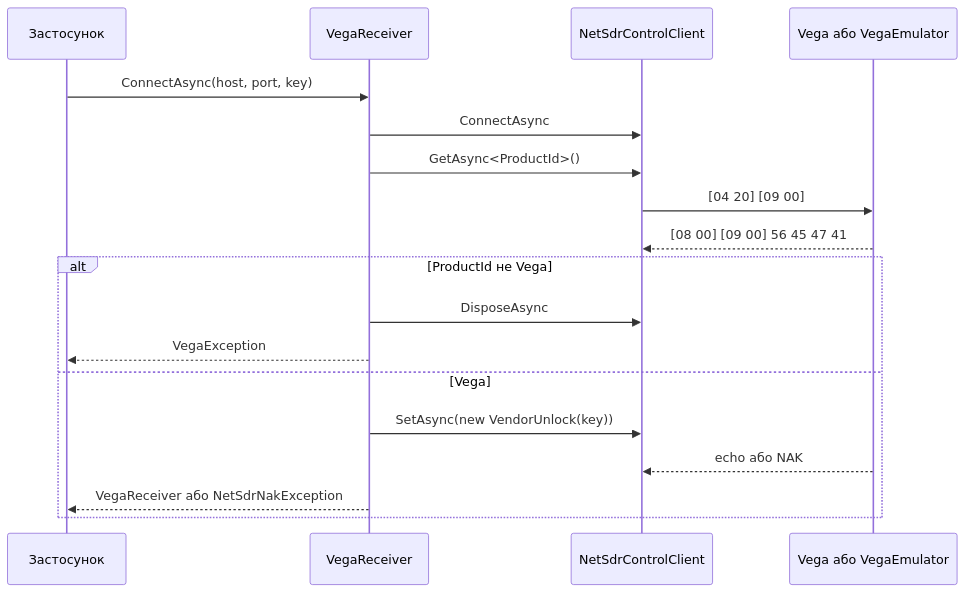
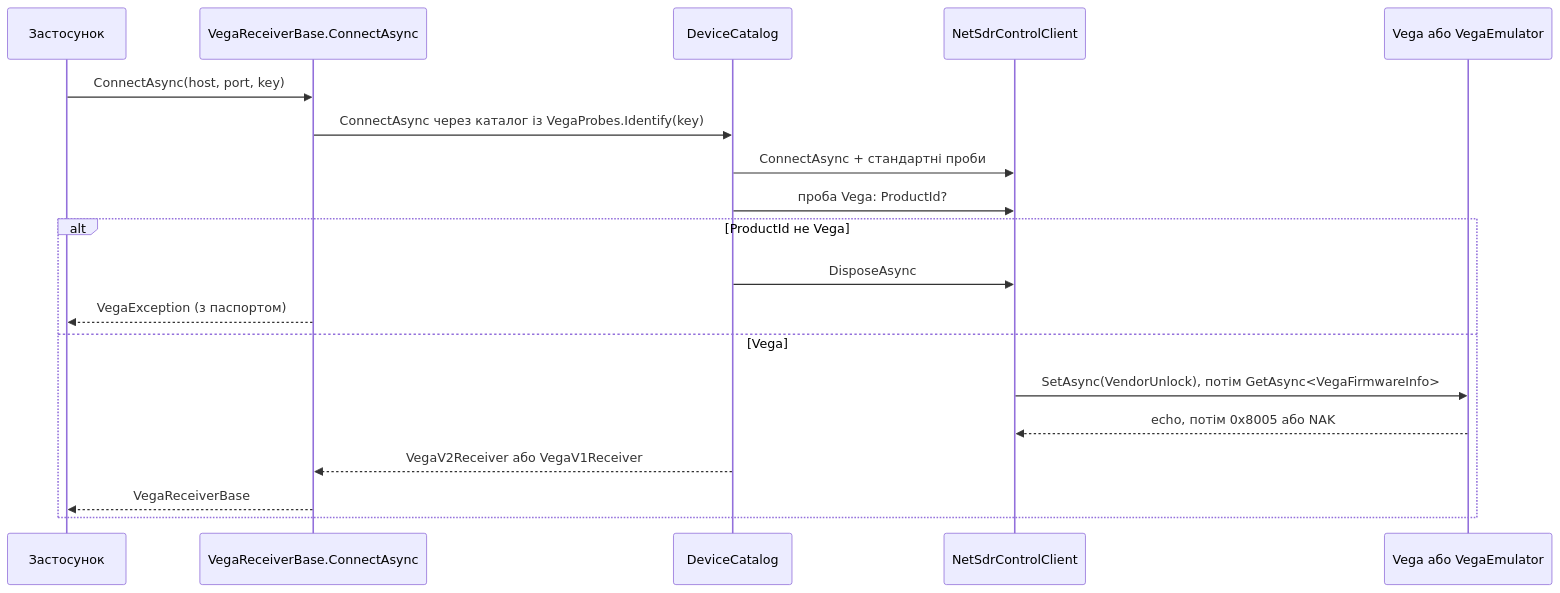
Before and after one commit to vadimart92/NetSdrClient: the seventh of 7 diagrams in docs/superpowers/specs/2026-10-02-netsdr-framework-design.md, drawn with Mermaid. The commit also changed other lines of this file and 1 other file, not shown here.

Commit message:
Add device identification spec and extend Vega example with v1/v2

````diff
--- a/docs/superpowers/specs/2026-10-02-netsdr-framework-design.md
+++ b/docs/superpowers/specs/2026-10-02-netsdr-framework-design.md
@@ -787,21 +812,22 @@
 ```mermaid
 sequenceDiagram
     participant App as Застосунок
-    participant V as VegaReceiver
+    participant V as VegaReceiverBase.ConnectAsync
+    participant Cat as DeviceCatalog
     participant C as NetSdrControlClient
     participant D as Vega або VegaEmulator
 
     App->>V: ConnectAsync(host, port, key)
-    V->>C: ConnectAsync
-    V->>C: GetAsync<ProductId>()
-    C->>D: [04 20] [09 00]
-    D-->>C: [08 00] [09 00] 56 45 47 41
+    V->>Cat: ConnectAsync через каталог із VegaProbes.Identify(key)
+    Cat->>C: ConnectAsync + стандартні проби
+    Cat->>C: проба Vega: ProductId?
     alt ProductId не Vega
-        V->>C: DisposeAsync
-        V-->>App: VegaException
+        Cat->>C: DisposeAsync
+        V-->>App: VegaException (з паспортом)
     else Vega
-        V->>C: SetAsync(new VendorUnlock(key))
-        D-->>C: echo або NAK
-        V-->>App: VegaReceiver або NetSdrNakException
+        C->>D: SetAsync(VendorUnlock), потім GetAsync<VegaFirmwareInfo>
+        D-->>C: echo, потім 0x8005 або NAK
+        Cat-->>V: VegaV2Receiver або VegaV1Receiver
+        V-->>App: VegaReceiverBase
     end
 ```
````
